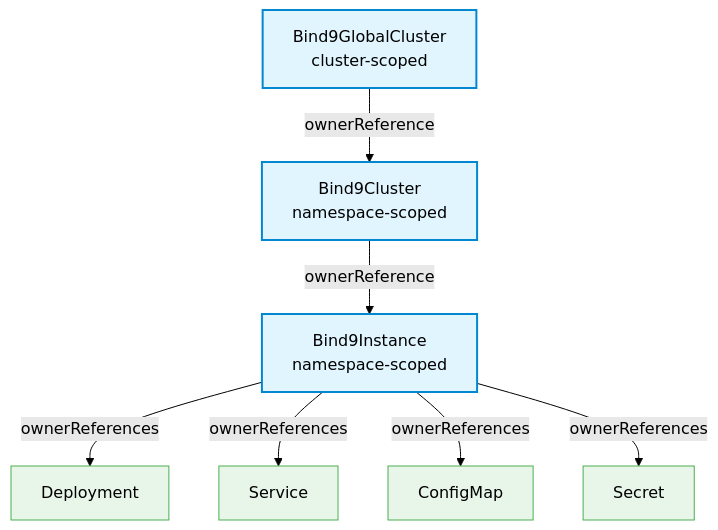
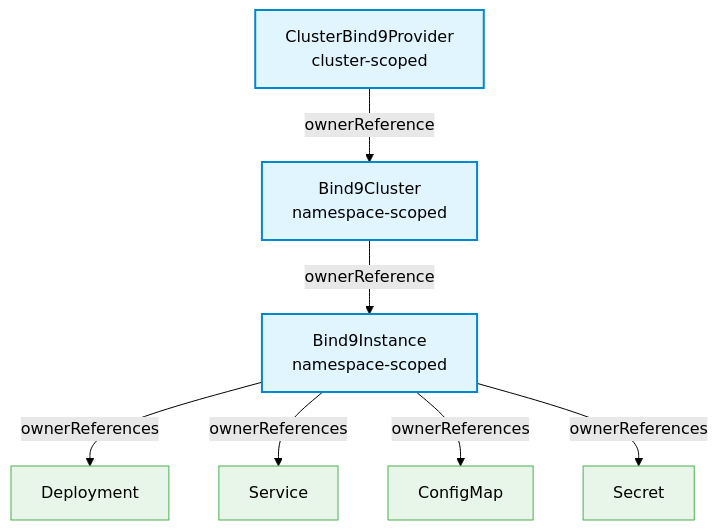
The third of 4 diagrams in docs/src/architecture/reconciler-hierarchy.md (firestoned/bindy), drawn with Mermaid (forest theme) before and after one commit. The commit also changed other lines of this file and 42 other files, not shown here.

Commit message:
Major: rename CRD Bind9GlobalCluster to ClusterBind9Provider

````diff
--- a/docs/src/architecture/reconciler-hierarchy.md
+++ b/docs/src/architecture/reconciler-hierarchy.md
@@ -395,17 +395,17 @@
 ```mermaid
 graph TD
-    GC[Bind9GlobalCluster<br/>cluster-scoped] -->|ownerReference| BC[Bind9Cluster<br/>namespace-scoped]
+    GC[ClusterBind9Provider<br/>cluster-scoped] -->|ownerReference| BC[Bind9Cluster<br/>namespace-scoped]
     BC -->|ownerReference| BI[Bind9Instance<br/>namespace-scoped]
     BI -->|ownerReferences| DEP[Deployment]
     BI -->|ownerReferences| SVC[Service]
     BI -->|ownerReferences| CM[ConfigMap]
     BI -->|ownerReferences| SEC[Secret]
 
     style GC fill:#e1f5ff,stroke:#0288d1,stroke-width:2px
     style BC fill:#e1f5ff,stroke:#0288d1,stroke-width:2px
     style BI fill:#e1f5ff,stroke:#0288d1,stroke-width:2px
     style DEP fill:#e8f5e9,stroke:#4caf50
     style SVC fill:#e8f5e9,stroke:#4caf50
     style CM fill:#e8f5e9,stroke:#4caf50
     style SEC fill:#e8f5e9,stroke:#4caf50
 ```
````
